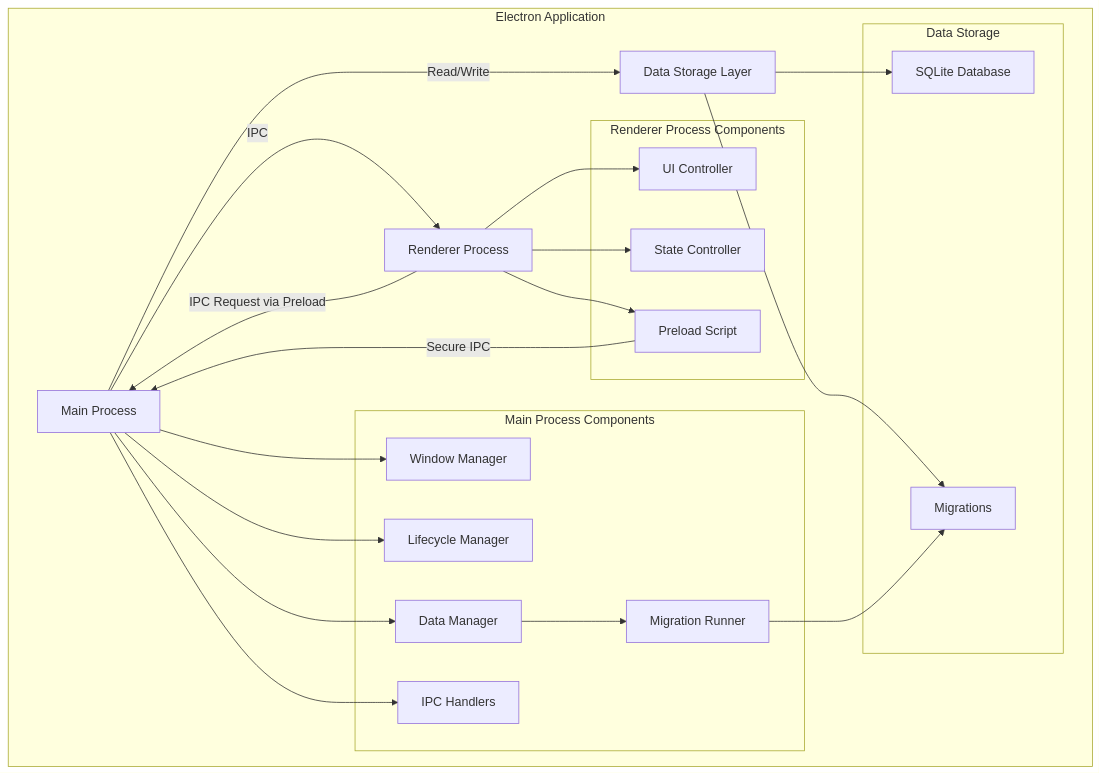
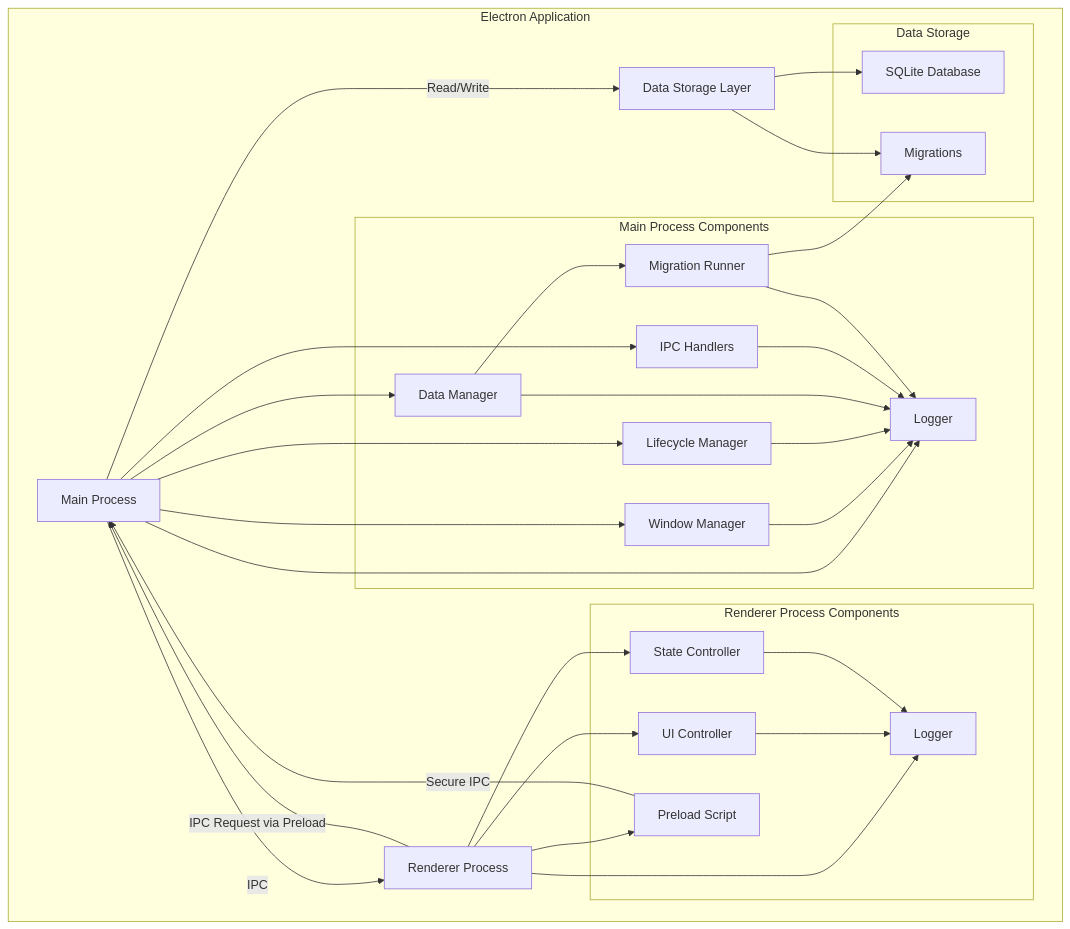
One commit to amogil/clerkly changed the diagram in .kiro/specs/clerkly/design.md. Above: the diagram before and after it, drawn with Mermaid. The commit also changed other lines of this file and 93 other files, not shown here.

````diff
--- a/.kiro/specs/clerkly/design.md
+++ b/.kiro/specs/clerkly/design.md
@@ -46,44 +46,55 @@
 ```mermaid
 graph TB
     subgraph "Electron Application"
         MP[Main Process]
         RP[Renderer Process]
         DS[Data Storage Layer]
         
         MP -->|IPC| RP
         MP -->|Read/Write| DS
         RP -->|IPC Request via Preload| MP
         
         subgraph "Main Process Components"
             WM[Window Manager]
             LC[Lifecycle Manager]
             DM[Data Manager]
             IPC[IPC Handlers]
             MR[Migration Runner]
+            LOG[Logger]
         end
         
         subgraph "Renderer Process Components"
             UI[UI Controller]
             SC[State Controller]
             PL[Preload Script]
+            RLOG[Logger]
         end
         
         subgraph "Data Storage"
             LD[SQLite Database]
             MG[Migrations]
         end
         
         MP --> WM
         MP --> LC
         MP --> DM
         MP --> IPC
+        MP --> LOG
         DM --> MR
         RP --> UI
         RP --> SC
         RP --> PL
+        RP --> RLOG
         PL -->|Secure IPC| MP
         DS --> LD
         DS --> MG
         MR --> MG
+        WM --> LOG
+        LC --> LOG
+        DM --> LOG
+        IPC --> LOG
+        MR --> LOG
+        UI --> RLOG
+        SC --> RLOG
     end
 ```
````
